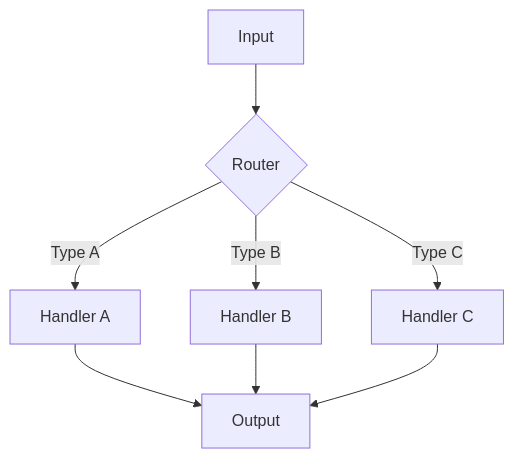
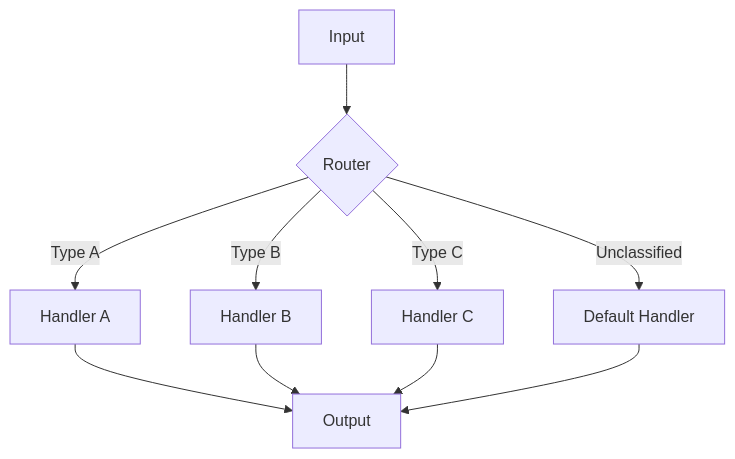
The second of 9 diagrams in agentic-workflow-guide/references/workflow-patterns.md (aktsmm/Agent-Skills), drawn with Mermaid before and after one commit. The commit also changed other lines of this file, not shown here.

Commit message:
[skill] Routing: Default Handler追加

````diff
--- a/agentic-workflow-guide/references/workflow-patterns.md
+++ b/agentic-workflow-guide/references/workflow-patterns.md
@@ -74,10 +74,12 @@
 ```mermaid
 graph TD
     A[Input] --> B{Router}
     B -->|Type A| C[Handler A]
     B -->|Type B| D[Handler B]
     B -->|Type C| E[Handler C]
-    C --> F[Output]
-    D --> F
-    E --> F
+    B -->|Unclassified| F[Default Handler]
+    C --> G[Output]
+    D --> G
+    E --> G
+    F --> G
 ```
````
